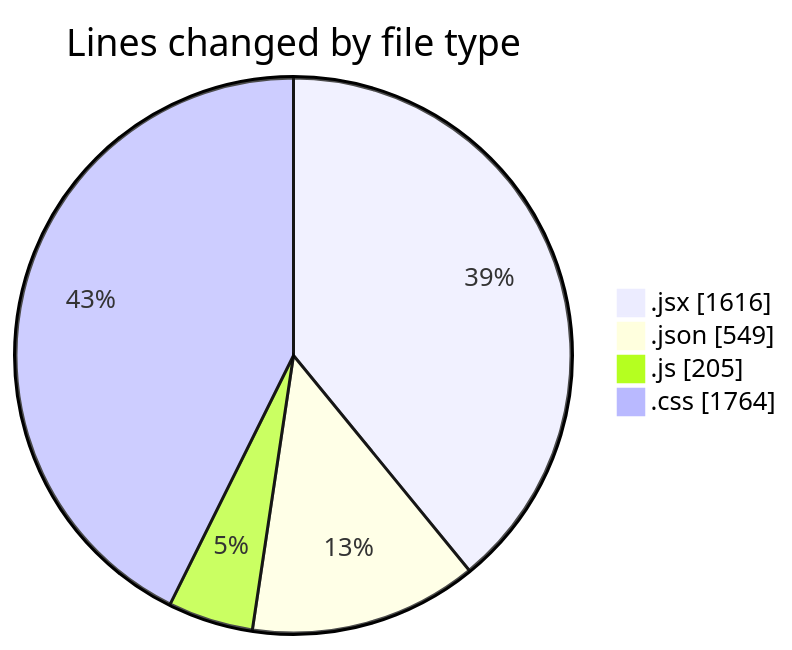
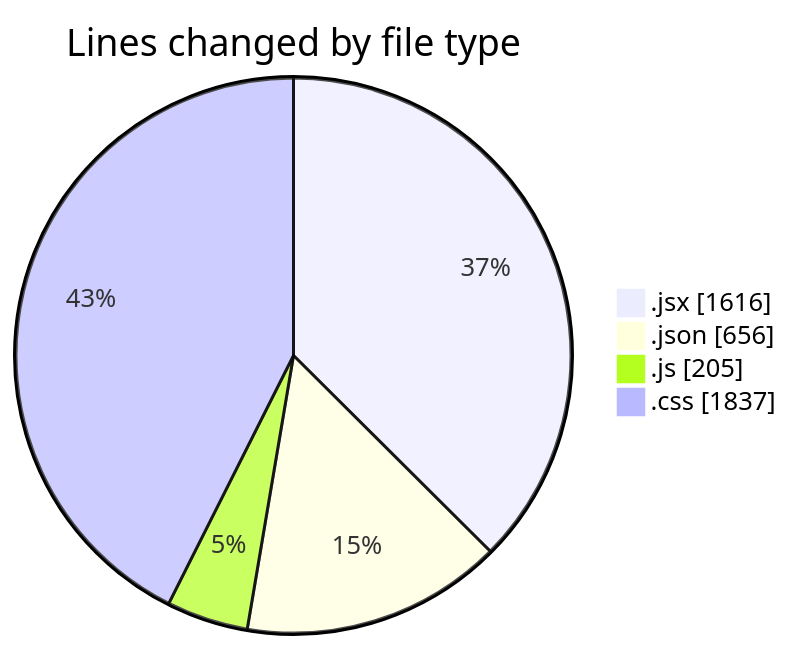
Before and after one commit to BS-eng2023/code-tracking: the first of 2 diagrams in 2025-05-04/project/README.md, drawn with Mermaid. The commit also changed other lines of this file and 1 other file, not shown here.

````diff
--- a/2025-05-04/project/README.md
+++ b/2025-05-04/project/README.md
@@ -40,8 +41,8 @@
 ```mermaid
 pie showData
 title Lines changed by file type
 ".jsx" : 1616
-".json" : 549
+".json" : 656
 ".js" : 205
-".css" : 1764
+".css" : 1837
 ```
````
